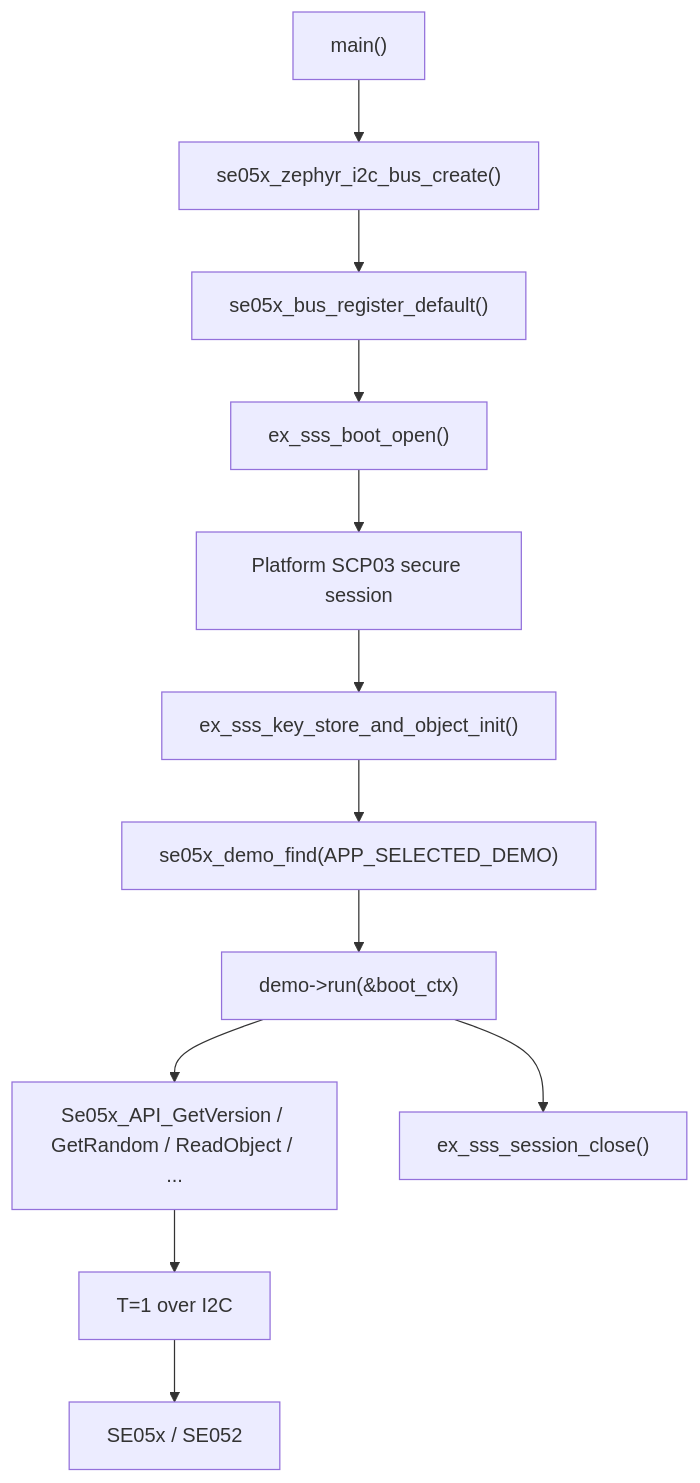
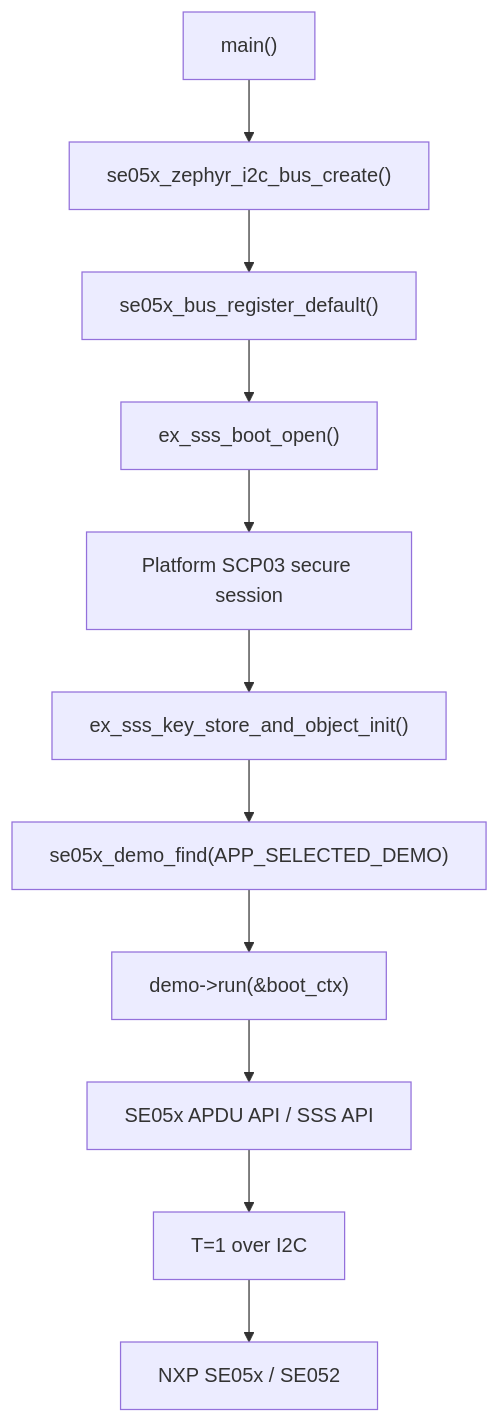
One commit to tianrking/nrf54lm20-se05x-ncs changed the diagram in api/README.md. Above: the diagram before and after it, drawn with Mermaid. The commit also changed other lines of this file and 11 other files, not shown here.

````diff
--- a/api/README.md
+++ b/api/README.md
@@ -16,14 +7,13 @@
 ```mermaid
 flowchart TD
     A["main()"] --> B["se05x_zephyr_i2c_bus_create()"]
     B --> C["se05x_bus_register_default()"]
     C --> D["ex_sss_boot_open()"]
     D --> E["Platform SCP03 secure session"]
     E --> F["ex_sss_key_store_and_object_init()"]
     F --> G["se05x_demo_find(APP_SELECTED_DEMO)"]
     G --> H["demo->run(&boot_ctx)"]
-    H --> I["Se05x_API_GetVersion / GetRandom / ReadObject / ..."]
+    H --> I["SE05x APDU API / SSS API"]
     I --> J["T=1 over I2C"]
-    J --> K["SE05x / SE052"]
-    H --> L["ex_sss_session_close()"]
+    J --> K["NXP SE05x / SE052"]
 ```
````
